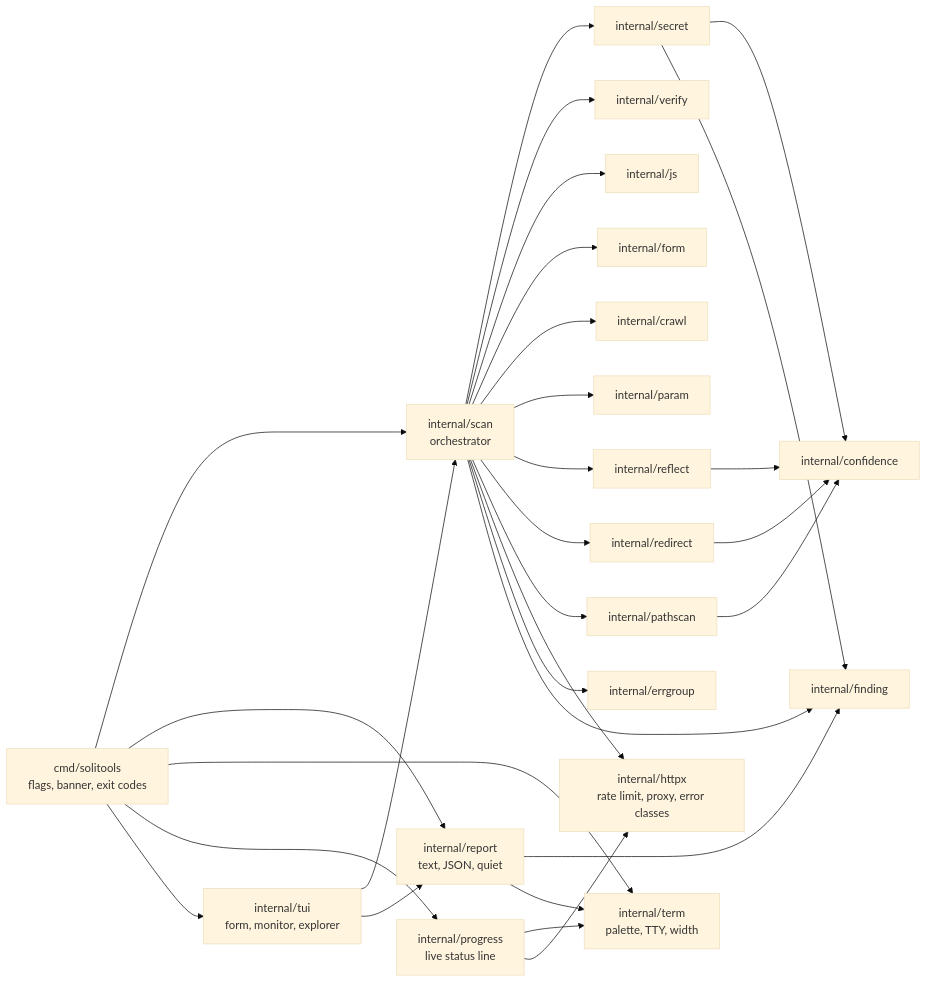
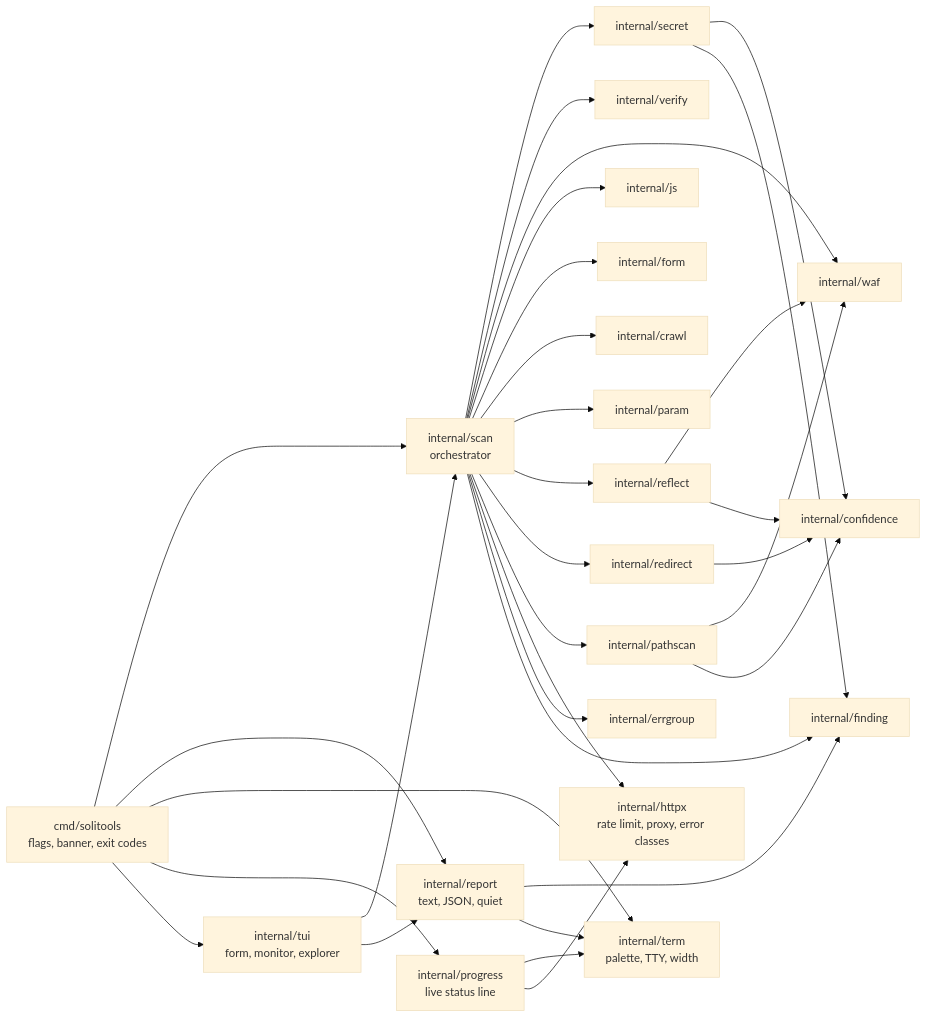
Before and after one commit to soliofski/SoliTools: the first of 7 diagrams in HANDOVER.md, drawn with Mermaid (base theme). The commit also changed other lines of this file and 16 other files, not shown here.

````diff
--- a/HANDOVER.md
+++ b/HANDOVER.md
@@ -204,53 +205,57 @@
 ```mermaid
 flowchart LR
     CLI["cmd/solitools<br/>flags, banner, exit codes"]
     SCAN["internal/scan<br/>orchestrator"]
     REPORT["internal/report<br/>text, JSON, quiet"]
     TERM["internal/term<br/>palette, TTY, width"]
     PROG["internal/progress<br/>live status line"]
     TUI["internal/tui<br/>form, monitor, explorer"]
 
     SECRET["internal/secret"]
     VERIFY["internal/verify"]
+    WAF["internal/waf"]
     JS["internal/js"]
     FORM["internal/form"]
     CRAWL["internal/crawl"]
     PARAM["internal/param"]
     REFLECT["internal/reflect"]
     REDIRECT["internal/redirect"]
     PATH["internal/pathscan"]
 
     HTTP["internal/httpx<br/>rate limit, proxy, error classes"]
     EG["internal/errgroup"]
     CONF["internal/confidence"]
     FIND["internal/finding"]
 
     CLI --> SCAN
     CLI --> REPORT
     CLI --> TERM
     CLI --> PROG
     CLI --> TUI
     TUI --> SCAN
     TUI --> REPORT
     SCAN --> SECRET
     SCAN --> VERIFY
+    SCAN --> WAF
+    REFLECT --> WAF
+    PATH --> WAF
     SCAN --> JS
     SCAN --> FORM
     SCAN --> CRAWL
     SCAN --> PARAM
     SCAN --> REFLECT
     SCAN --> REDIRECT
     SCAN --> PATH
     SCAN --> HTTP
     SCAN --> EG
     SCAN --> FIND
     SECRET --> CONF
     SECRET --> FIND
     REFLECT --> CONF
     REDIRECT --> CONF
     PATH --> CONF
     REPORT --> FIND
     REPORT --> TERM
     PROG --> TERM
     PROG --> HTTP
 ```
````
